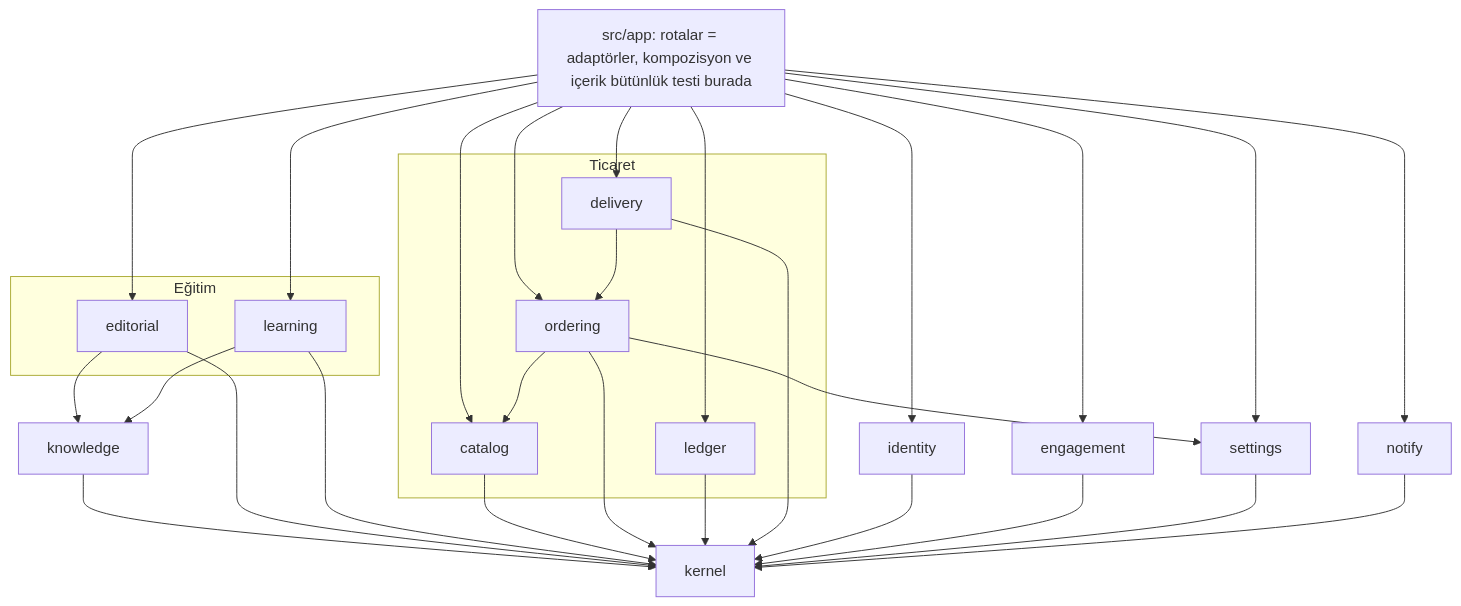
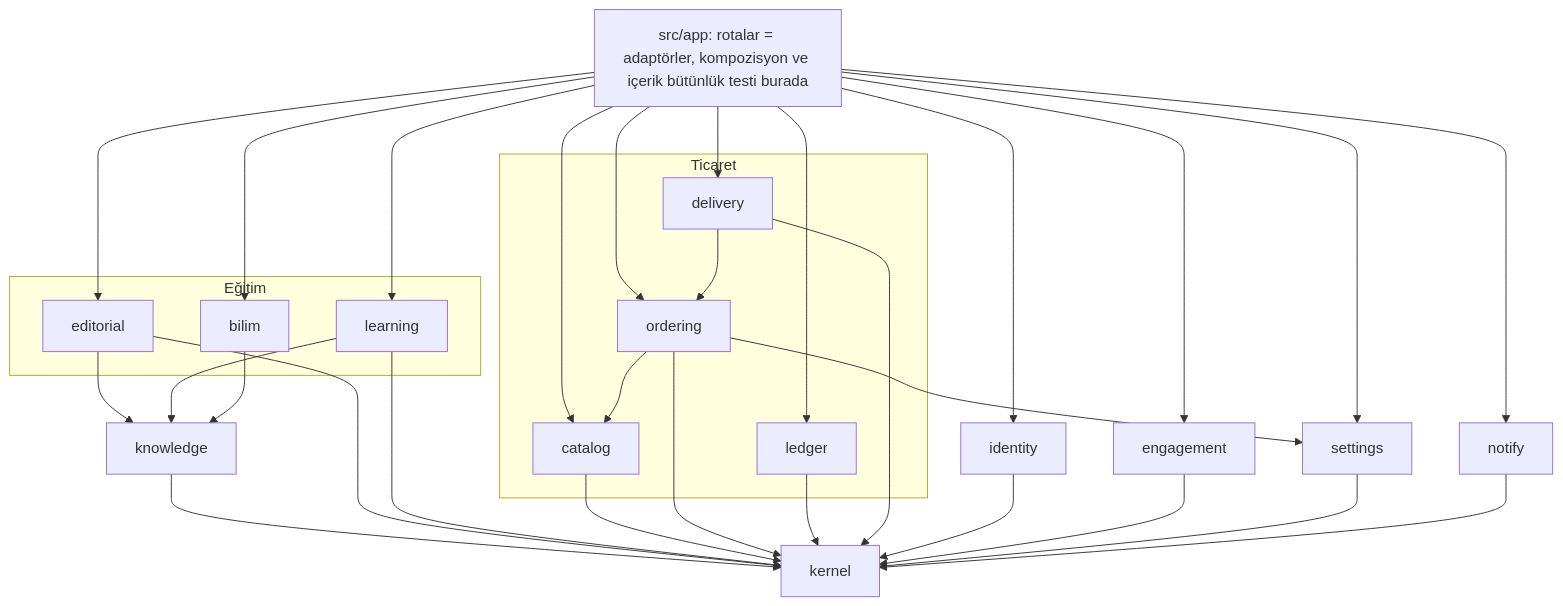
Before and after one commit to rtahsin/eksi-mayali-ekmek: the second of 3 diagrams in docs/MIMARI.md, drawn with Mermaid. The commit also changed other lines of this file and 221 other files, not shown here.

````diff
--- a/docs/MIMARI.md
+++ b/docs/MIMARI.md
@@ -114,27 +115,29 @@
 ```mermaid
 flowchart TB
   APP[src/app: rotalar = adaptörler, kompozisyon ve içerik bütünlük testi burada]
   subgraph Egitim[Eğitim]
     ED[editorial]
     LE[learning]
+    BI[bilim]
   end
   KN[knowledge]
   subgraph Ticaret
     CA[catalog]
     OR[ordering]
     LG[ledger]
     DE[delivery]
   end
   ID[identity]
   EN[engagement]
   ST[settings]
   NO[notify]
   KE[kernel]
-  APP --> ED & LE & CA & OR & LG & DE & ID & EN & ST & NO
+  APP --> ED & LE & BI & CA & OR & LG & DE & ID & EN & ST & NO
   ED --> KN
   LE --> KN
+  BI --> KN
   OR --> CA & ST
   DE --> OR
   KN --> KE
   ED & LE & CA & OR & LG & DE & ID & EN & ST & NO --> KE
 ```
````
